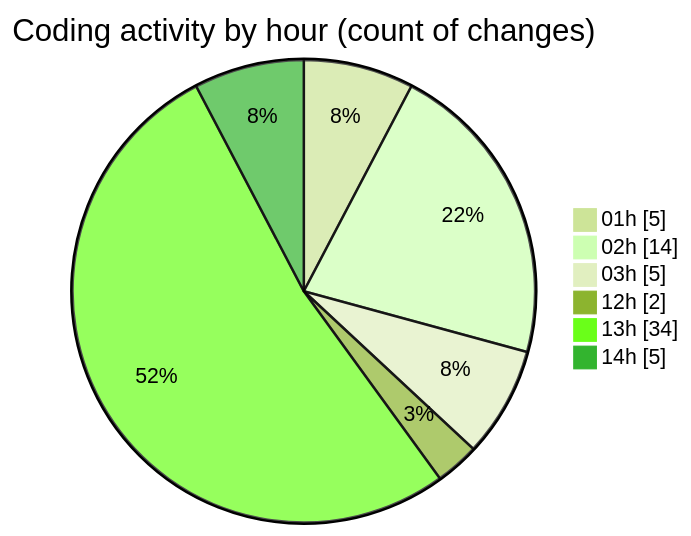
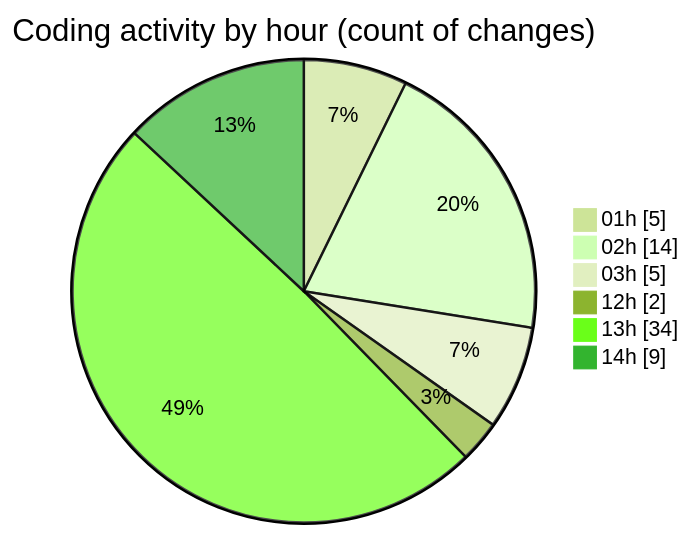
The second of 2 diagrams in 2025-10-23/eventscop-frontend-guide__workspace_/README.md (julien-gomy/code-tracking), drawn with Mermaid (forest theme) before and after one commit. The commit also changed other lines of this file and 1 other file, not shown here.

````diff
--- a/2025-10-23/eventscop-frontend-guide__workspace_/README.md
+++ b/2025-10-23/eventscop-frontend-guide__workspace_/README.md
@@ -46,10 +47,10 @@
 ```mermaid
 pie showData
 title Coding activity by hour (count of changes)
 "01h" : 5
 "02h" : 14
 "03h" : 5
 "12h" : 2
 "13h" : 34
-"14h" : 5
+"14h" : 9
 ```
````
